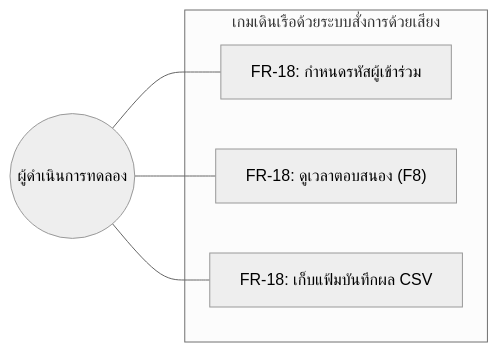
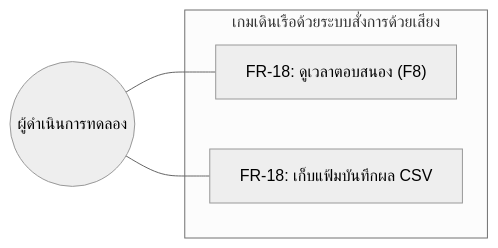
The diagram in Doc/Thesis_fixed/mermaid/main-mermaid-3.mmd (Thitiwut245/SpeechCruiser), drawn with Mermaid (neutral theme) before and after one commit. The commit also changed 33 other files, not shown here.

```diff
--- a/Doc/Thesis_fixed/mermaid/main-mermaid-3.mmd
+++ b/Doc/Thesis_fixed/mermaid/main-mermaid-3.mmd
@@ -1,12 +1,10 @@
 graph LR
     Researcher(("ผู้ดำเนินการทดลอง"))
 
     subgraph Game["เกมเดินเรือด้วยระบบสั่งการด้วยเสียง"]
-        UC12["FR-18: กำหนดรหัสผู้เข้าร่วม"]
         UC13["FR-18: ดูเวลาตอบสนอง (F8)"]
         UC14["FR-18: เก็บแฟ้มบันทึกผล CSV"]
     end
 
-    Researcher --- UC12
     Researcher --- UC13
     Researcher --- UC14
```
